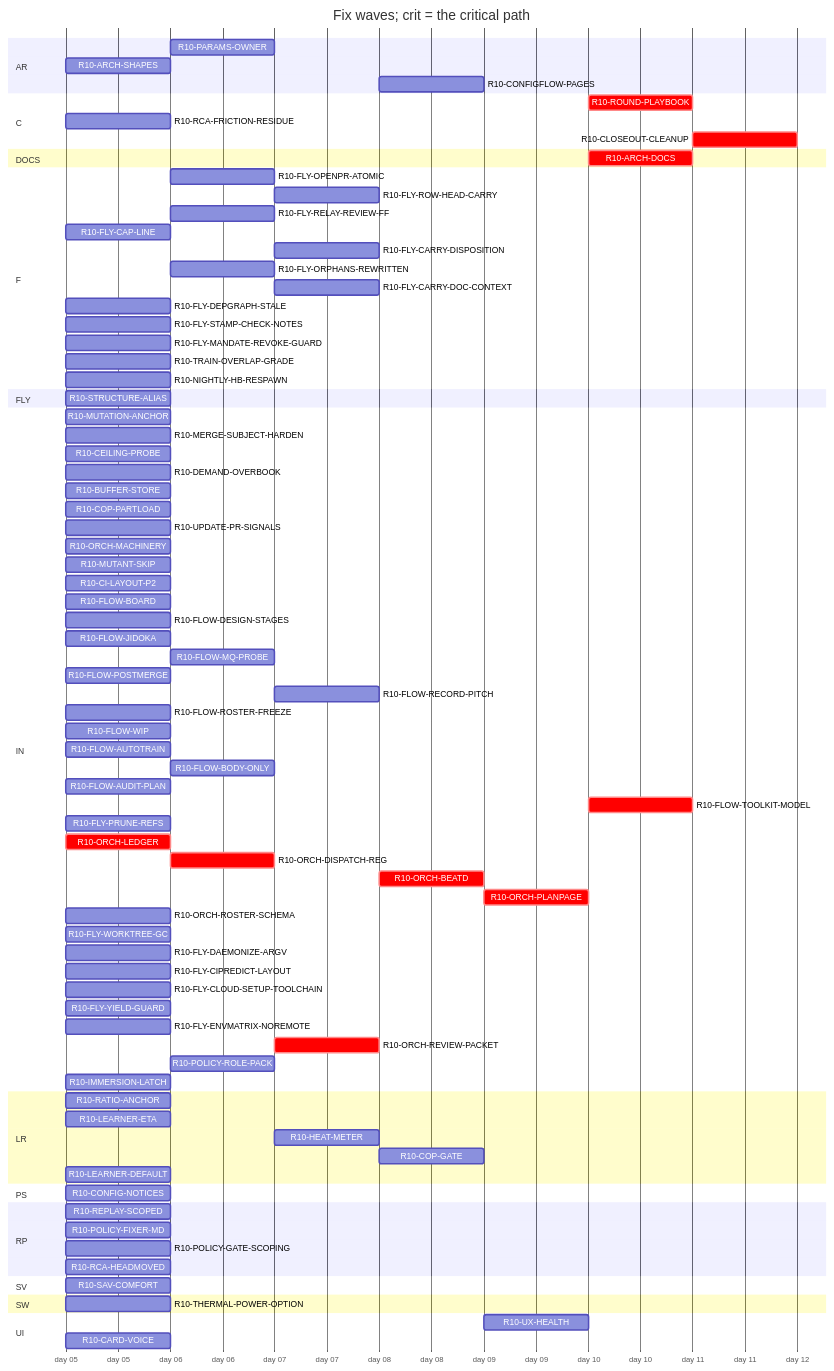
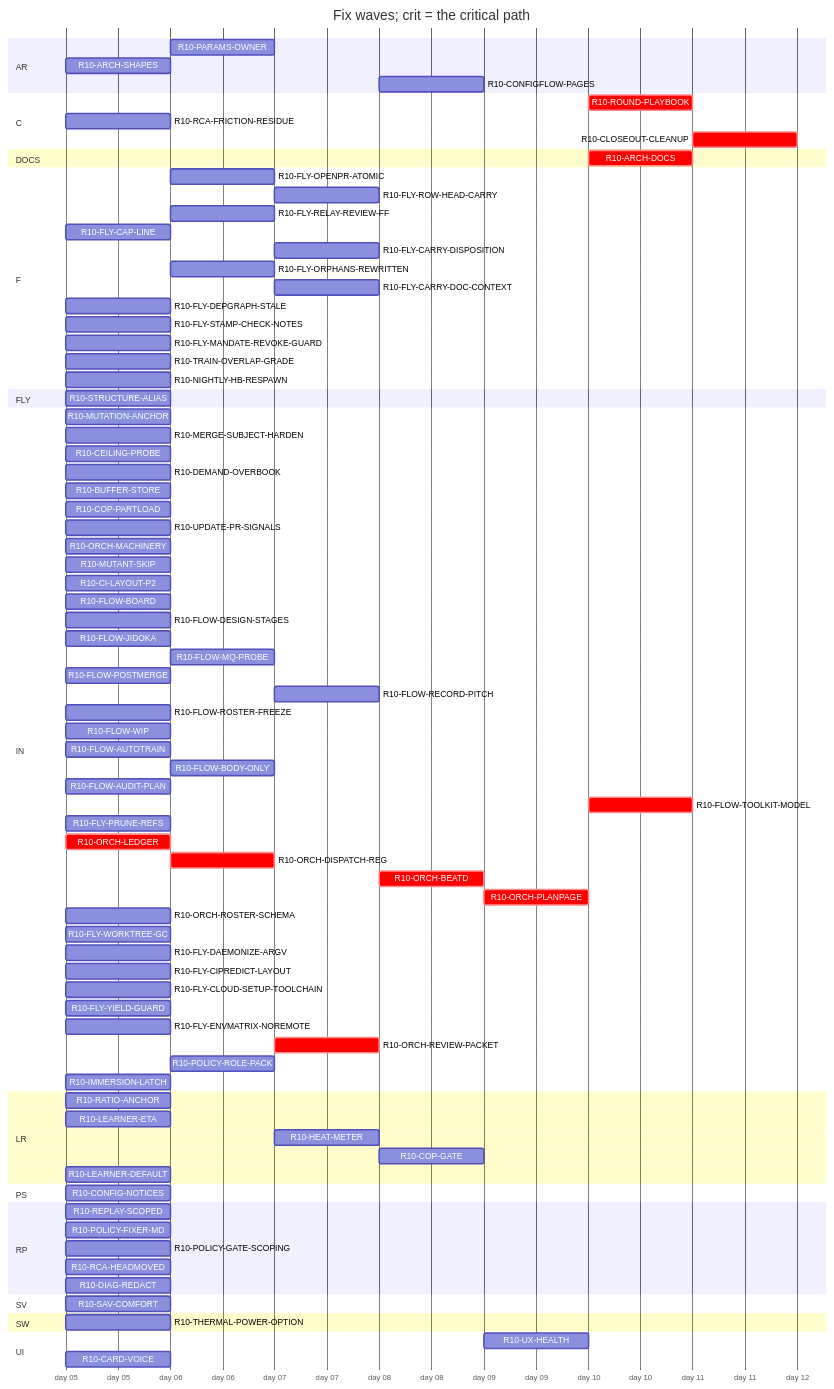
The diagram in handoff/round10/state/PLAN-TABLE.md (tvofi/heatpump_optimizer), drawn with Mermaid before and after one commit. The commit also changed other lines of this file and 2 other files, not shown here.

```diff
--- a/handoff/round10/state/PLAN-TABLE.md
+++ b/handoff/round10/state/PLAN-TABLE.md
@@ -36,7 +36,7 @@
     R10-RCA-FRICTION-RESIDUE :r10RCAFRICTIONRESIDUE, 2026-01-05, 1d
     R10-CLOSEOUT-CLEANUP :crit, r10CLOSEOUTCLEANUP, after r10FLYPRUNEREFS r10FLYWORKTREEGC r10ARCHDOCS r10ROUNDPLAYBOOK, 1d
   section DOCS
-    R10-ARCH-DOCS :crit, r10ARCHDOCS, after r10RATIOANCHOR r10CONFIGNOTICES r10PARAMSOWNER r10ARCHSHAPES r10LEARNERETA r10HEATMETER r10COPGATE r10UXHEALTH r10CONFIGFLOWPAGES r10REPLAYSCOPED r10POLICYFIXERMD r10POLICYGATESCOPING r10RCAHEADMOVED r10SAVCOMFORT r10MUTATIONANCHOR r10MERGESUBJECTHARDEN r10CEILINGPROBE r10DEMANDOVERBOOK r10BUFFERSTORE r10COPPARTLOAD r10UPDATEPRSIGNALS r10CARDVOICE r10THERMALPOWEROPTION r10LEARNERDEFAULT r10MUTANTSKIP r10CILAYOUTP2 r10FLOWBOARD r10FLOWDESIGNSTAGES r10FLOWJIDOKA r10FLOWMQPROBE r10FLOWPOSTMERGE r10FLOWRECORDPITCH r10FLOWROSTERFREEZE r10FLOWWIP r10FLOWAUTOTRAIN r10FLOWBODYONLY r10FLYOPENPRATOMIC r10FLYROWHEADCARRY r10FLOWAUDITPLAN r10FLYRELAYREVIEWFF r10FLYCAPLINE r10FLYCARRYDISPOSITION r10FLYORPHANSREWRITTEN r10FLYCARRYDOCCONTEXT r10FLYDEPGRAPHSTALE r10FLOWTOOLKITMODEL r10FLYSTAMPCHECKNOTES r10FLYMANDATEREVOKEGUARD r10RCAFRICTIONRESIDUE r10TRAINOVERLAPGRADE r10NIGHTLYHBRESPAWN r10FLYPRUNEREFS r10ORCHLEDGER r10ORCHDISPATCHREG r10ORCHBEATD r10ORCHPLANPAGE r10ORCHROSTERSCHEMA r10FLYWORKTREEGC r10FLYDAEMONIZEARGV r10FLYCIPREDICTLAYOUT r10FLYCLOUDSETUPTOOLCHAIN r10FLYYIELDGUARD r10FLYENVMATRIXNOREMOTE r10STRUCTUREALIAS r10ORCHREVIEWPACKET r10POLICYROLEPACK r10IMMERSIONLATCH, 1d
+    R10-ARCH-DOCS :crit, r10ARCHDOCS, after r10RATIOANCHOR r10CONFIGNOTICES r10PARAMSOWNER r10ARCHSHAPES r10LEARNERETA r10HEATMETER r10COPGATE r10UXHEALTH r10CONFIGFLOWPAGES r10REPLAYSCOPED r10POLICYFIXERMD r10POLICYGATESCOPING r10RCAHEADMOVED r10SAVCOMFORT r10MUTATIONANCHOR r10MERGESUBJECTHARDEN r10CEILINGPROBE r10DEMANDOVERBOOK r10BUFFERSTORE r10COPPARTLOAD r10UPDATEPRSIGNALS r10CARDVOICE r10THERMALPOWEROPTION r10LEARNERDEFAULT r10MUTANTSKIP r10CILAYOUTP2 r10FLOWBOARD r10FLOWDESIGNSTAGES r10FLOWJIDOKA r10FLOWMQPROBE r10FLOWPOSTMERGE r10FLOWRECORDPITCH r10FLOWROSTERFREEZE r10FLOWWIP r10FLOWAUTOTRAIN r10FLOWBODYONLY r10FLYOPENPRATOMIC r10FLYROWHEADCARRY r10FLOWAUDITPLAN r10FLYRELAYREVIEWFF r10FLYCAPLINE r10FLYCARRYDISPOSITION r10FLYORPHANSREWRITTEN r10FLYCARRYDOCCONTEXT r10FLYDEPGRAPHSTALE r10FLOWTOOLKITMODEL r10FLYSTAMPCHECKNOTES r10FLYMANDATEREVOKEGUARD r10RCAFRICTIONRESIDUE r10TRAINOVERLAPGRADE r10NIGHTLYHBRESPAWN r10FLYPRUNEREFS r10ORCHLEDGER r10ORCHDISPATCHREG r10ORCHBEATD r10ORCHPLANPAGE r10ORCHROSTERSCHEMA r10FLYWORKTREEGC r10FLYDAEMONIZEARGV r10FLYCIPREDICTLAYOUT r10FLYCLOUDSETUPTOOLCHAIN r10FLYYIELDGUARD r10FLYENVMATRIXNOREMOTE r10STRUCTUREALIAS r10ORCHREVIEWPACKET r10POLICYROLEPACK r10IMMERSIONLATCH r10DIAGREDACT, 1d
   section F
     R10-FLY-OPENPR-ATOMIC :r10FLYOPENPRATOMIC, after r10UPDATEPRSIGNALS, 1d
     R10-FLY-ROW-HEAD-CARRY :r10FLYROWHEADCARRY, after r10CILAYOUTP2 r10FLYOPENPRATOMIC r10FLOWMQPROBE, 1d
@@ -103,6 +103,7 @@
     R10-POLICY-FIXER-MD :r10POLICYFIXERMD, 2026-01-05, 1d
     R10-POLICY-GATE-SCOPING :r10POLICYGATESCOPING, 2026-01-05, 1d
     R10-RCA-HEADMOVED :r10RCAHEADMOVED, 2026-01-05, 1d
+    R10-DIAG-REDACT :r10DIAGREDACT, 2026-01-05, 1d
   section SV
     R10-SAV-COMFORT :r10SAVCOMFORT, 2026-01-05, 1d
   section SW
```
